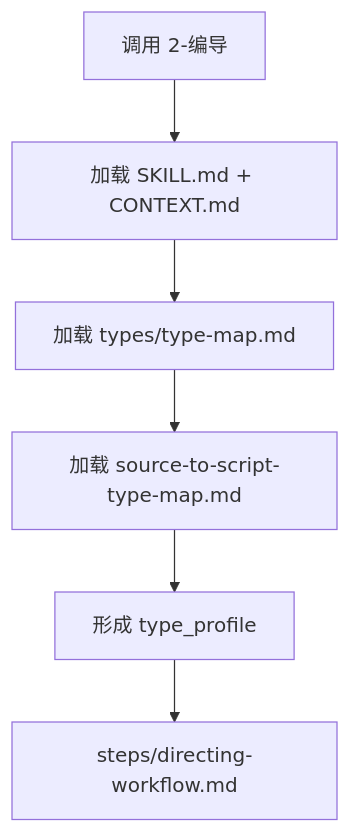
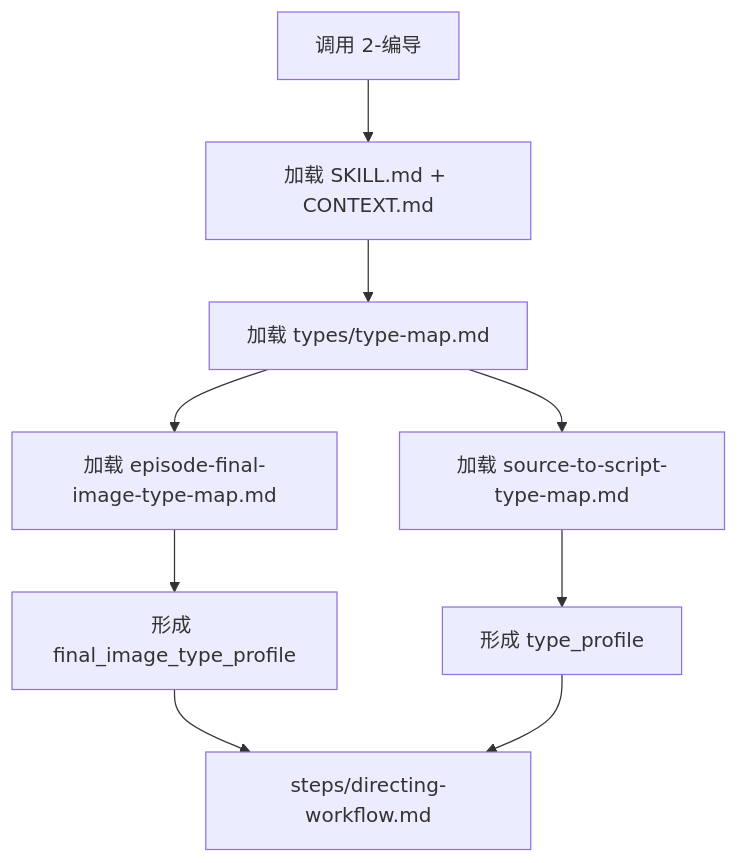
One commit to ZEN-VOID/AI-CUT changed the diagram in .agents/skills/aigc/2-编导/types/type-map.md. Above: the diagram before and after it, drawn with Mermaid. The commit also changed other lines of this file and 129 other files, not shown here.

````diff
--- a/.agents/skills/aigc/2-编导/types/type-map.md
+++ b/.agents/skills/aigc/2-编导/types/type-map.md
@@ -17,8 +18,11 @@
 ```mermaid
 flowchart TD
     A["调用 2-编导"] --> B["加载 SKILL.md + CONTEXT.md"]
     B --> C["加载 types/type-map.md"]
     C --> D["加载 source-to-script-type-map.md"]
+    C --> FI["加载 episode-final-image-type-map.md"]
     D --> E["形成 type_profile"]
+    FI --> FE["形成 final_image_type_profile"]
+    FE --> F["steps/directing-workflow.md"]
     E --> F["steps/directing-workflow.md"]
 ```
````
